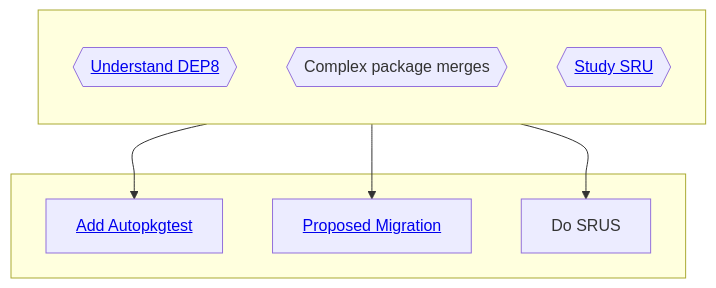
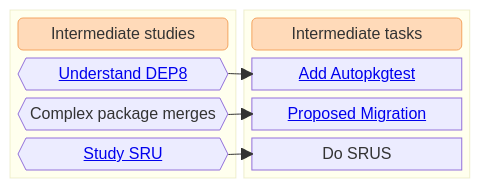
Before and after one commit to vhaudiquet/ubuntu-project-docs: the second of 5 diagrams in docs/who-makes-ubuntu/joining/path-to-upload-rights.md, drawn with Mermaid. The commit also changed other lines of this file, not shown here.

Commit message:
fix rendering issues in diagram

````diff
--- a/docs/who-makes-ubuntu/joining/path-to-upload-rights.md
+++ b/docs/who-makes-ubuntu/joining/path-to-upload-rights.md
@@ -47,24 +59,28 @@
 ```{mermaid}
-%% mermaid flowcharts documentation: https://mermaid.js.org/syntax/flowchart.html
-%%{ init: { 'flowchart': { 'curve': 'catmullRom' } } }%%
-flowchart TD
-    direction TB
-    subgraph IntermediateStudies[" "]
-        direction BT
+block-beta
+    columns 2
+
+    block
+        IntermediateStudies("Intermediate studies")
+        columns 1
         UnderstandDep8{{"<a href=https://salsa.debian.org/ci-team/autopkgtest/blob/master/doc/README.package-tests.rst>Understand DEP8</a>"}}
         ComplexPackageMerges{{"Complex package merges"}}
         SRU{{"<a href=https://canonical-sru-docs.readthedocs-hosted.com/>Study SRU</a>"}}
-
     end
-    
-    subgraph IntermediateTasks[" "]
-        AddAUTOPKGTESTS["<a href=https://github.com/canonical/ubuntu-maintainers-handbook/blob/main/PackageTests.md>Add Autopkgtest</a>"]
+   
+    block
+        IntermediateTasks("Intermediate tasks")
+        columns 1
+        AddAUTOPKGTESTS["<a href=https://canonical-ubuntu-project.readthedocs-hosted.com/contributors/bug-fix/package-tests/>Add Autopkgtest</a>"]
         ProposeMigration["<a href=https://canonical-ubuntu-project.readthedocs-hosted.com/how-ubuntu-is-made/processes/proposed-migration/>Proposed Migration</a>"]
         DoSRUS["Do SRUS"]
     end
     
     %% Transitions
     UnderstandDep8 --> AddAUTOPKGTESTS
     ComplexPackageMerges --> ProposeMigration
     SRU --> DoSRUS
+
+    style IntermediateStudies fill: #FFDAB9, stroke:#F4A460
+    style IntermediateTasks fill:#FFDAB9, stroke:#F4A460
 ```
````
